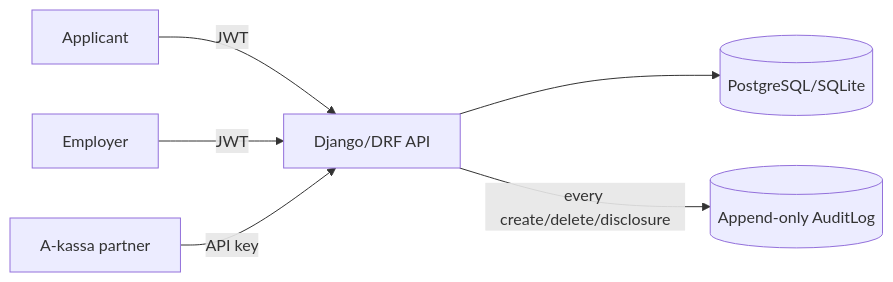
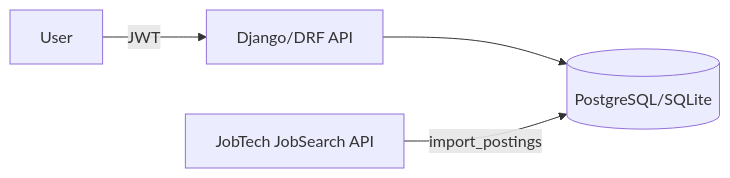
Before and after one commit to OscarBackman92/af-jobbansokan-api: the diagram in README.md, drawn with Mermaid. The commit also changed other lines of this file and 59 other files, not shown here.

````diff
--- a/README.md
+++ b/README.md
@@ -70,8 +39,6 @@
 ```mermaid
 flowchart LR
-    A[Applicant] -- JWT --> API
-    E[Employer] -- JWT --> API
-    P[A-kassa partner] -- API key --> API
-    API[Django/DRF API] --> DB[(PostgreSQL/SQLite)]
-    API -- every create/delete/disclosure --> AL[(Append-only AuditLog)]
+    U[User] -- JWT --> API[Django/DRF API]
+    API --> DB[(PostgreSQL/SQLite)]
+    JT[JobTech JobSearch API] -- import_postings --> DB
 ```
````
